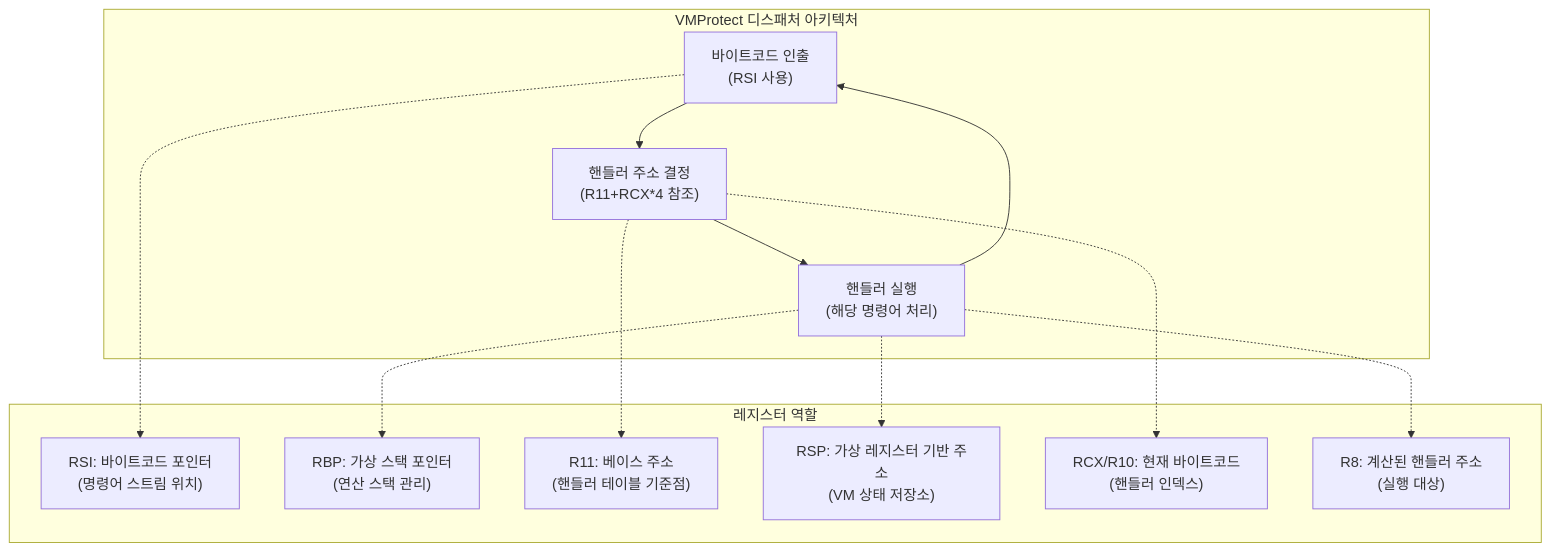
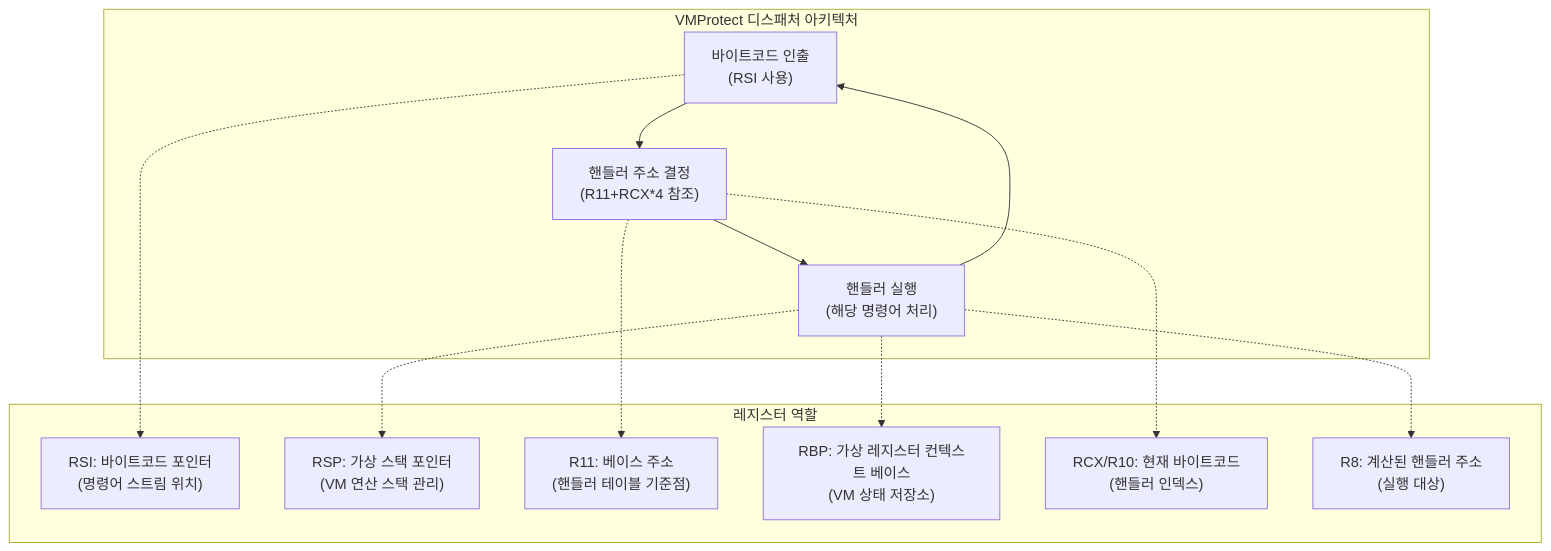
The first of 4 diagrams in _posts/2025-05-23-Anti-Reverse-Engineering-Analysis.md (sinbon-088/hspace-io.github.io), drawn with Mermaid before and after one commit. The commit also changed other lines of this file, not shown here.

````diff
--- a/_posts/2025-05-23-Anti-Reverse-Engineering-Analysis.md
+++ b/_posts/2025-05-23-Anti-Reverse-Engineering-Analysis.md
@@ -251,24 +251,24 @@
 ```mermaid
 flowchart TB
     subgraph "VMProtect 디스패처 아키텍처"
         Fetch["바이트코드 인출\n(RSI 사용)"] --> Decode["핸들러 주소 결정\n(R11+RCX*4 참조)"]
         Decode --> Execute["핸들러 실행\n(해당 명령어 처리)"]
         Execute --> Fetch
     end
 
     subgraph "레지스터 역할"
         RSI["RSI: 바이트코드 포인터\n(명령어 스트림 위치)"]
-        RBP["RBP: 가상 스택 포인터\n(연산 스택 관리)"]
+        RSP["RSP: 가상 스택 포인터\n(VM 연산 스택 관리)"]
         R11["R11: 베이스 주소\n(핸들러 테이블 기준점)"]
-        RSP["RSP: 가상 레지스터 기반 주소\n(VM 상태 저장소)"]
+        RBP["RBP: 가상 레지스터 컨텍스트 베이스\n(VM 상태 저장소)"]
         RCX["RCX/R10: 현재 바이트코드\n(핸들러 인덱스)"]
         R8["R8: 계산된 핸들러 주소\n(실행 대상)"]
     end
 
     Fetch -.-> RSI
     Decode -.-> R11
     Decode -.-> RCX
     Execute -.-> R8
     Execute -.-> RBP
     Execute -.-> RSP
 ```
````
